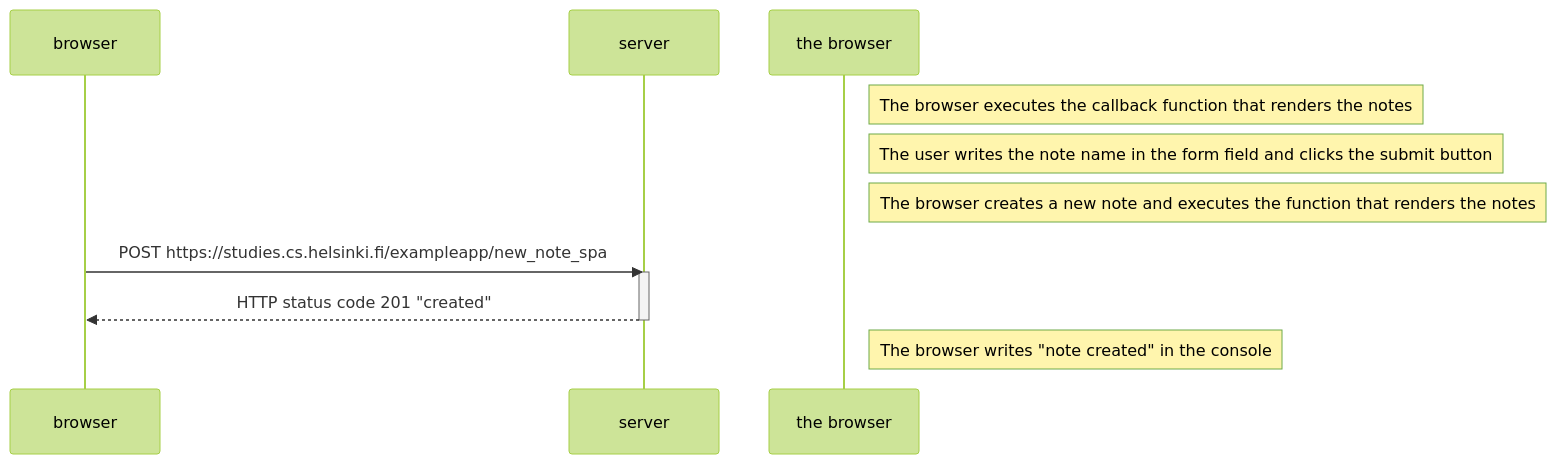
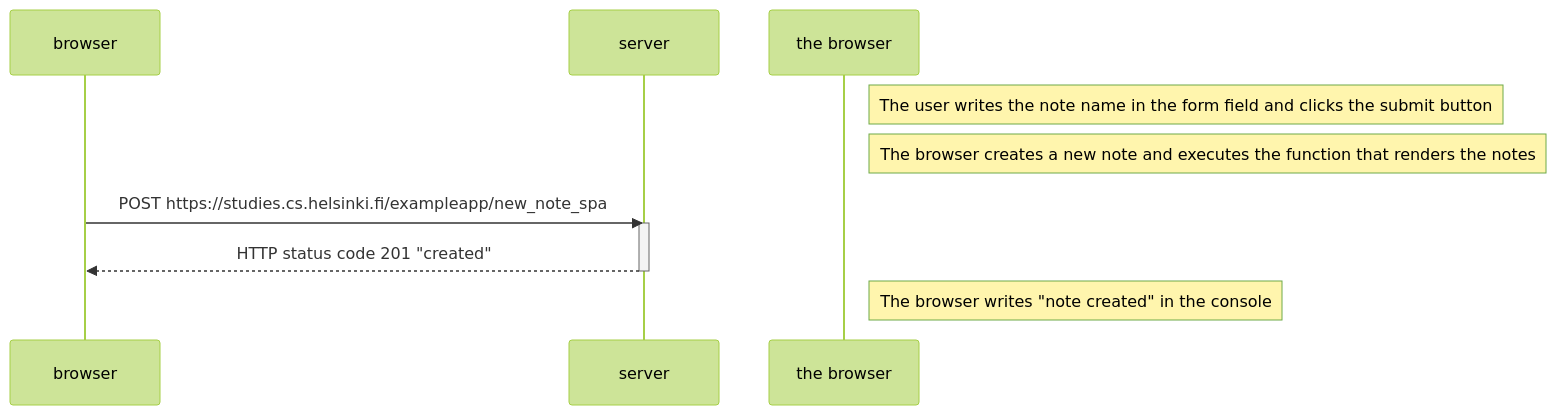
One commit to fparlanti/fullstackopen changed the diagram in part0/0.6.md. Above: the diagram before and after it, drawn with Mermaid (forest theme).

````diff
--- a/part0/0.6.md
+++ b/part0/0.6.md
@@ -1,20 +1,18 @@
 ```mermaid
 sequenceDiagram
     participant browser
     participant server
-
-    Note right of the browser: The browser executes the callback function that renders the notes
 
     Note right of the browser: The user writes the note name in the form field and clicks the submit button
 
     Note right of the browser: The browser creates a new note and executes the function that renders the notes 
 
     browser->>server: POST https://studies.cs.helsinki.fi/exampleapp/new_note_spa
     activate server
     server-->>browser: HTTP status code 201 "created"
     deactivate server
 
     Note right of the browser: The browser writes "note created" in the console 
 
 
 ```
````
